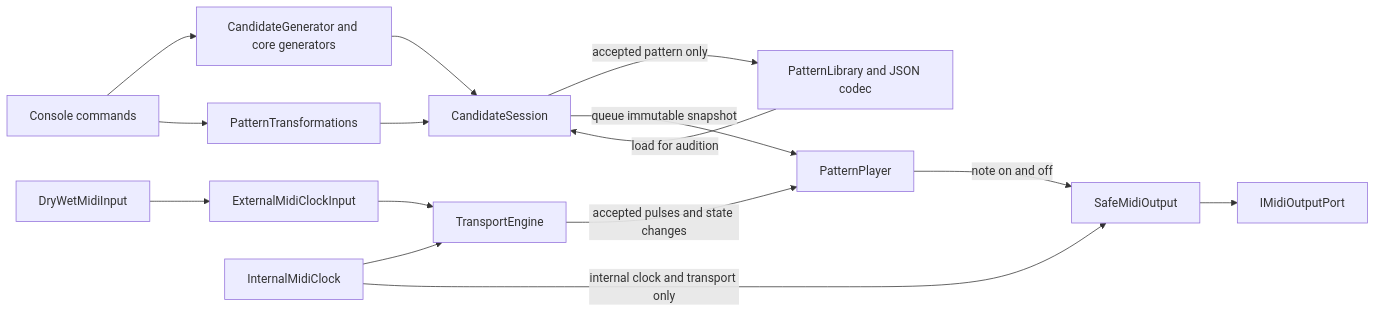
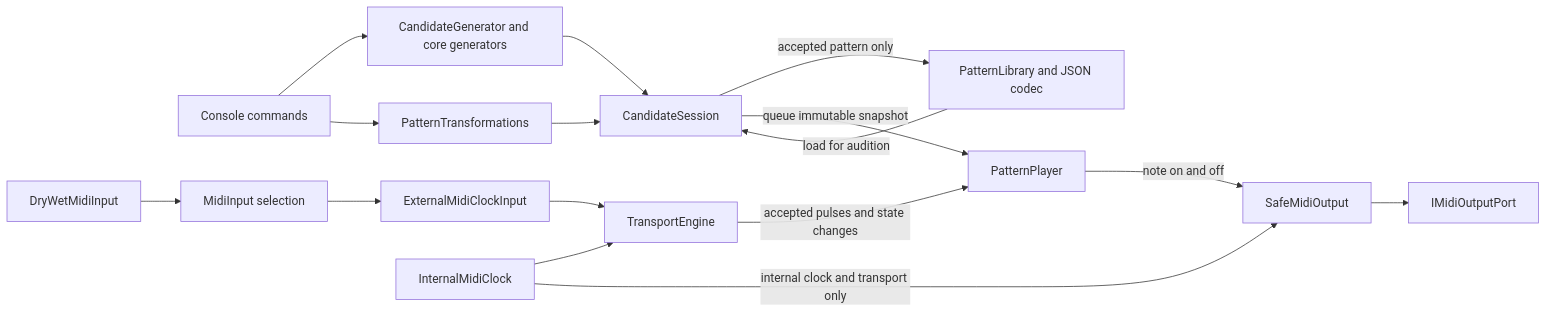
Before and after one commit to colgreen/jam-weaver: the diagram in lode/architecture/theory-of-operation.md, drawn with Mermaid. The commit also changed other lines of this file and 18 other files, not shown here.

````diff
--- a/lode/architecture/theory-of-operation.md
+++ b/lode/architecture/theory-of-operation.md
@@ -31,17 +32,18 @@
 ```mermaid
 flowchart LR
     Commands[Console commands] --> Generation[CandidateGenerator and core generators]
     Commands --> Edits[PatternTransformations]
     Generation --> Candidate[CandidateSession]
     Edits --> Candidate
     Library[PatternLibrary and JSON codec] -->|load for audition| Candidate
     Candidate -->|accepted pattern only| Library
     Candidate -->|queue immutable snapshot| Player[PatternPlayer]
-    Device[DryWetMidiInput] --> Bridge[ExternalMidiClockInput]
+    Device[DryWetMidiInput] --> Input[MidiInput selection]
+    Input --> Bridge[ExternalMidiClockInput]
     Bridge --> Transport[TransportEngine]
     Internal[InternalMidiClock] --> Transport
     Internal -->|internal clock and transport only| Output[SafeMidiOutput]
     Transport -->|accepted pulses and state changes| Player
     Player -->|note on and off| Output
     Output --> Port[IMidiOutputPort]
 ```
````
